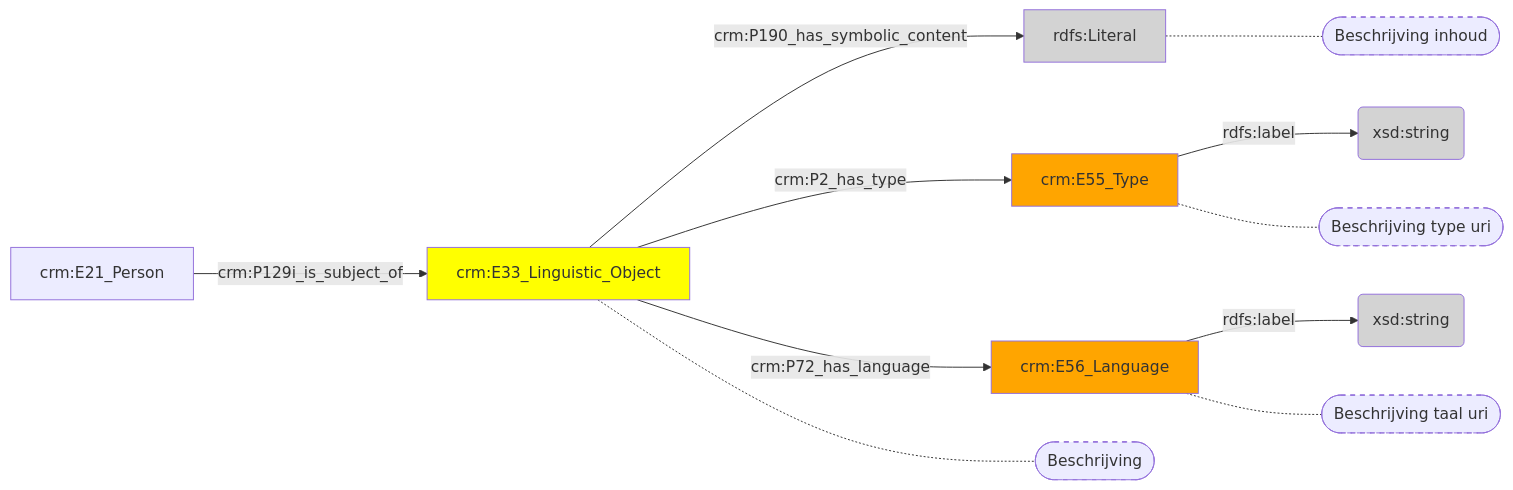
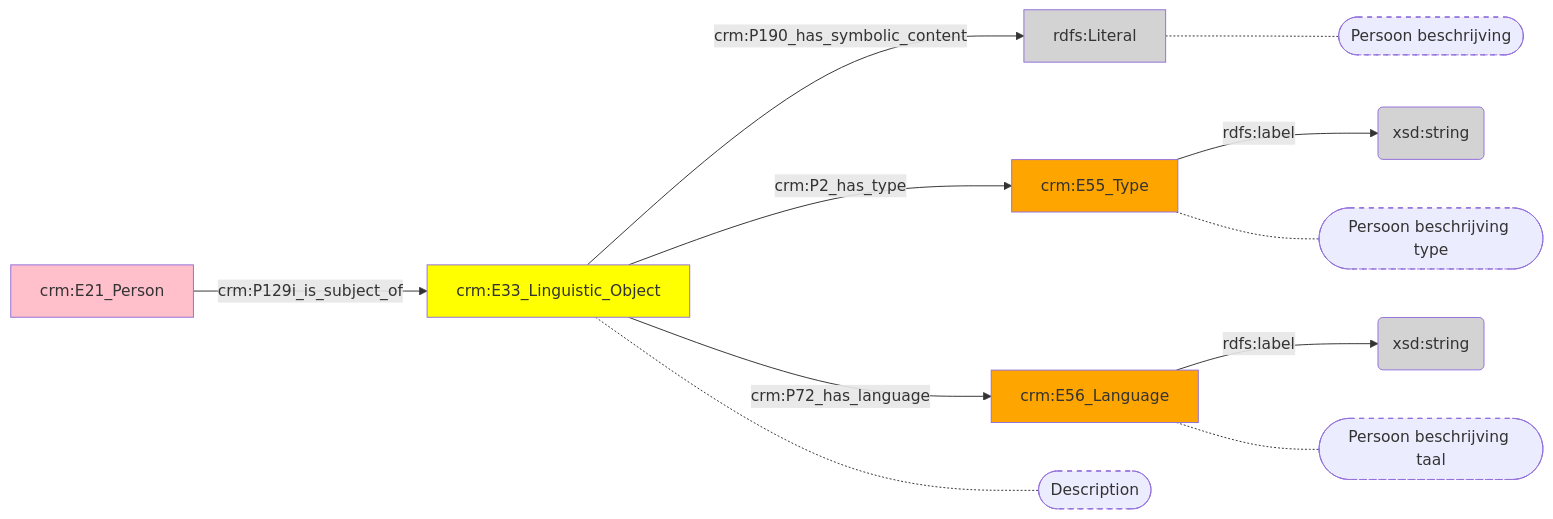
The diagram in docs/content/modellen/Person/Inhoud.md (digipolisantwerpdocumentation/antwerp-cultureel-erfgoed), drawn with Mermaid before and after one commit. The commit also changed 173 other files, not shown here.

````diff
--- a/docs/content/modellen/Person/Inhoud.md
+++ b/docs/content/modellen/Person/Inhoud.md
@@ -1,23 +1,24 @@
 ```mermaid
 graph LR
 b9e8fff2-ed97-11ed-9655-00163e71351b["crm:E33_Linguistic_Object"]-->|"crm:P190_has_symbolic_content"|b9e90498-ed97-11ed-9655-00163e71351b(rdfs:Literal)
 b9e907b8-ed97-11ed-9655-00163e71351b["crm:E55_Type"]-->|"rdfs:label"|b9e9063c-ed97-11ed-9655-00163e71351b(xsd:string)
 b9e90a60-ed97-11ed-9655-00163e71351b["crm:E56_Language"]-->|"rdfs:label"|b9e90916-ed97-11ed-9655-00163e71351b(xsd:string)
 0d9d4cb4-e37c-11ed-9064-00163e71351b["crm:E21_Person"]-->|"crm:P129i_is_subject_of"|b9e8fff2-ed97-11ed-9655-00163e71351b["crm:E33_Linguistic_Object"]
 b9e8fff2-ed97-11ed-9655-00163e71351b["crm:E33_Linguistic_Object"]-->|"crm:P2_has_type"|b9e907b8-ed97-11ed-9655-00163e71351b["crm:E55_Type"]
 b9e8fff2-ed97-11ed-9655-00163e71351b["crm:E33_Linguistic_Object"]-->|"crm:P72_has_language"|b9e90a60-ed97-11ed-9655-00163e71351b["crm:E56_Language"]
-b9e8fff2-ed97-11ed-9655-00163e71351b["crm:E33_Linguistic_Object"]-.-b9e8fff2-ed97-11ed-9655-00163e71351b_s(["Beschrijving"])
-b9e90498-ed97-11ed-9655-00163e71351b["rdfs:Literal"]-.-b9e90498-ed97-11ed-9655-00163e71351b_s(["Beschrijving inhoud"])
-b9e907b8-ed97-11ed-9655-00163e71351b["crm:E55_Type"]-.-b9e907b8-ed97-11ed-9655-00163e71351b_s(["Beschrijving type uri"])
-b9e90a60-ed97-11ed-9655-00163e71351b["crm:E56_Language"]-.-b9e90a60-ed97-11ed-9655-00163e71351b_s(["Beschrijving taal uri"])
+b9e8fff2-ed97-11ed-9655-00163e71351b["crm:E33_Linguistic_Object"]-.-b9e8fff2-ed97-11ed-9655-00163e71351b_s(["Description"])
+b9e90498-ed97-11ed-9655-00163e71351b["rdfs:Literal"]-.-b9e90498-ed97-11ed-9655-00163e71351b_s(["Persoon beschrijving"])
+b9e907b8-ed97-11ed-9655-00163e71351b["crm:E55_Type"]-.-b9e907b8-ed97-11ed-9655-00163e71351b_s(["Persoon beschrijving type"])
+b9e90a60-ed97-11ed-9655-00163e71351b["crm:E56_Language"]-.-b9e90a60-ed97-11ed-9655-00163e71351b_s(["Persoon beschrijving taal"])
 style b9e8fff2-ed97-11ed-9655-00163e71351b_s stroke-dasharray: 5
 style b9e90498-ed97-11ed-9655-00163e71351b_s stroke-dasharray: 5
 style b9e907b8-ed97-11ed-9655-00163e71351b_s stroke-dasharray: 5
 style b9e90a60-ed97-11ed-9655-00163e71351b_s stroke-dasharray: 5
+style 0d9d4cb4-e37c-11ed-9064-00163e71351b fill:#ffc0cb
 style b9e8fff2-ed97-11ed-9655-00163e71351b fill:#ffff00
 style b9e90498-ed97-11ed-9655-00163e71351b fill:#D3D3D3
 style b9e9063c-ed97-11ed-9655-00163e71351b fill:#D3D3D3
 style b9e907b8-ed97-11ed-9655-00163e71351b fill:#ffa500
 style b9e90916-ed97-11ed-9655-00163e71351b fill:#D3D3D3
 style b9e90a60-ed97-11ed-9655-00163e71351b fill:#ffa500
 ```
````
